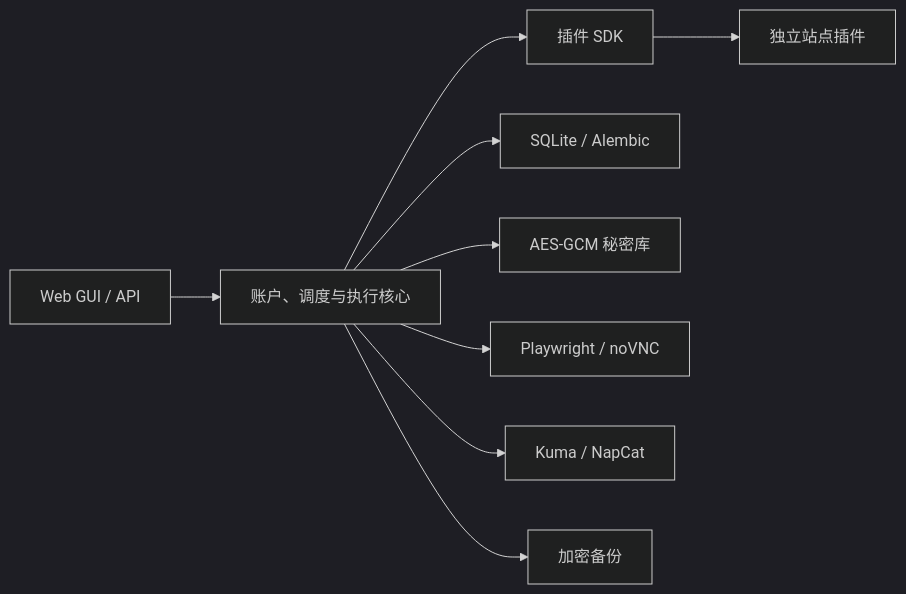
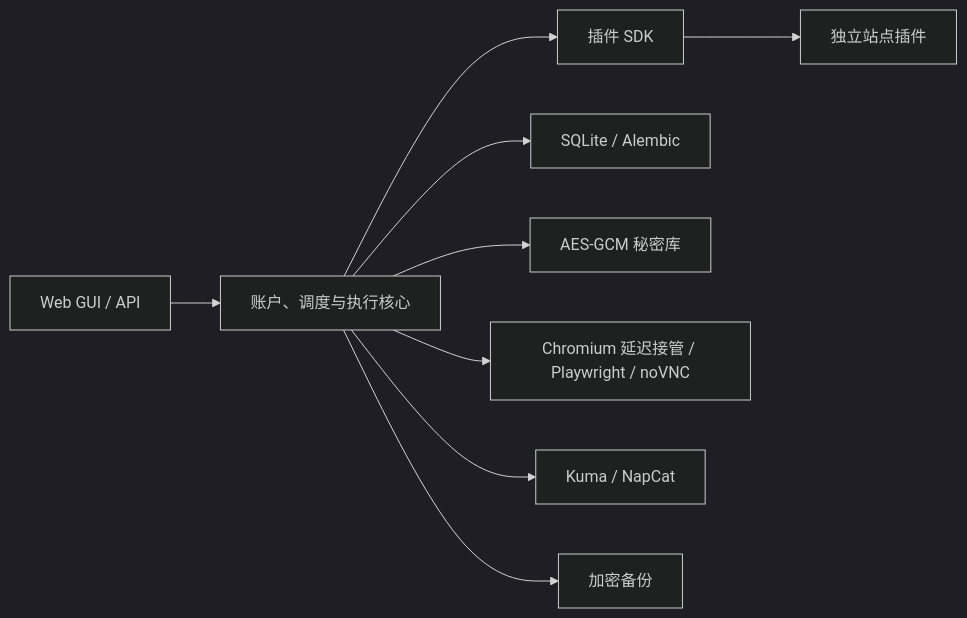
The diagram in README.md (Adrenaline036/AutoSign), drawn with Mermaid (dark theme) before and after one commit. The commit also changed other lines of this file and 7 other files, not shown here.

````diff
--- a/README.md
+++ b/README.md
@@ -53,11 +53,11 @@
 ```mermaid
 flowchart LR
     UI["Web GUI / API"] --> Core["账户、调度与执行核心"]
     Core --> SDK["插件 SDK"]
     SDK --> Plugins["独立站点插件"]
     Core --> DB["SQLite / Alembic"]
     Core --> Vault["AES-GCM 秘密库"]
-    Core --> Browser["Playwright / noVNC"]
+    Core --> Browser["Chromium 延迟接管 / Playwright / noVNC"]
     Core --> Notify["Kuma / NapCat"]
     Core --> Backup["加密备份"]
 ```
````
